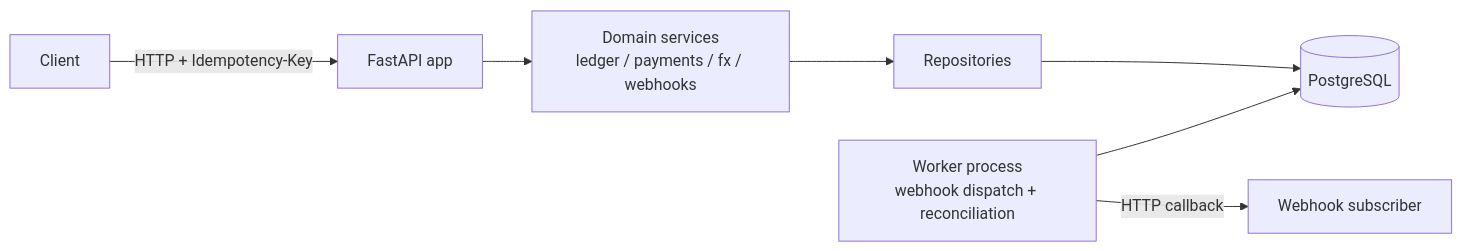
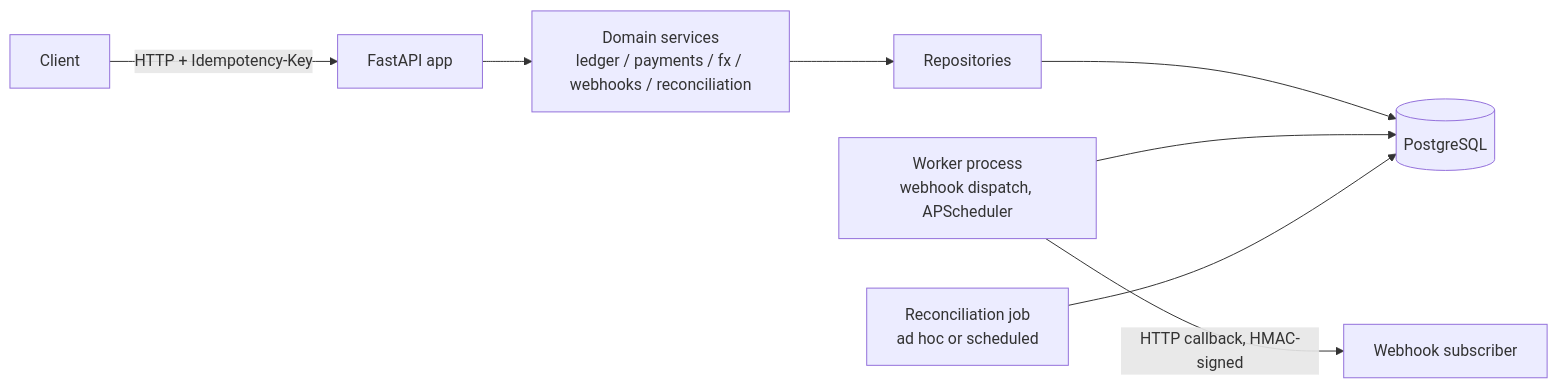
One commit to HaydenC22/Instant-Payment-Ledger---API changed the diagram in README.md. Above: the diagram before and after it, drawn with Mermaid. The commit also changed other lines of this file and 7 other files, not shown here.

````diff
--- a/README.md
+++ b/README.md
@@ -26,9 +22,10 @@
 ```mermaid
 flowchart LR
     Client -->|HTTP + Idempotency-Key| API[FastAPI app]
-    API --> Domain[Domain services\nledger / payments / fx / webhooks]
+    API --> Domain[Domain services\nledger / payments / fx / webhooks / reconciliation]
     Domain --> Repo[Repositories]
     Repo --> DB[(PostgreSQL)]
-    Worker[Worker process\nwebhook dispatch + reconciliation] --> DB
-    Worker -->|HTTP callback| Subscriber[Webhook subscriber]
+    Worker[Worker process\nwebhook dispatch, APScheduler] --> DB
+    Worker -->|HTTP callback, HMAC-signed| Subscriber[Webhook subscriber]
+    ReconJob[Reconciliation job\nad hoc or scheduled] --> DB
 ```
````
